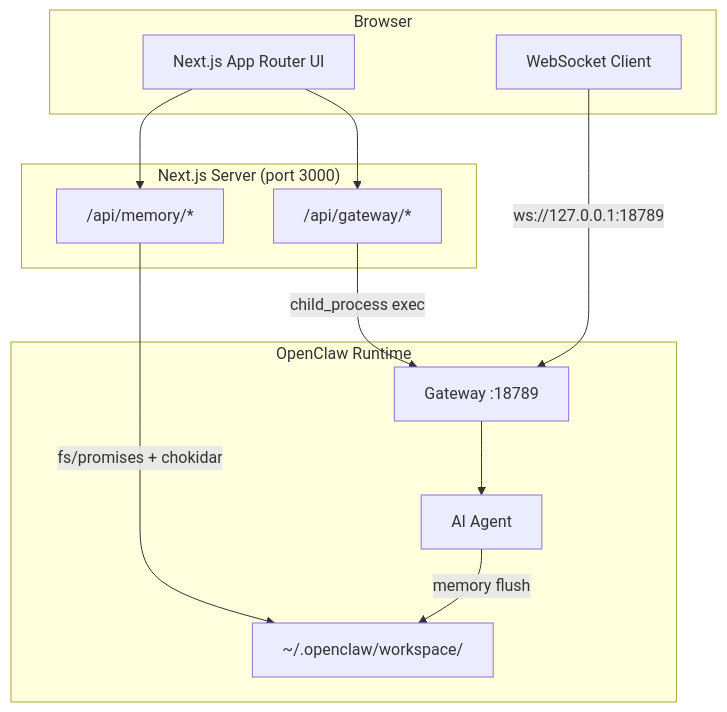
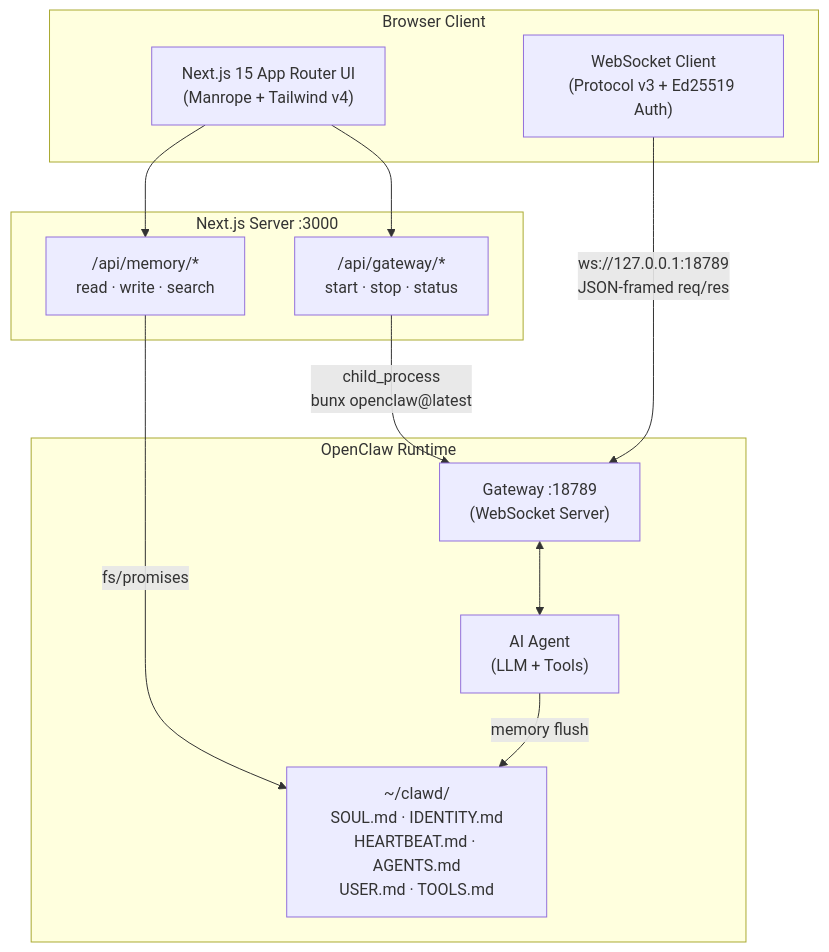
Before and after one commit to imsidkg/spookling-oc: the diagram in README.md, drawn with Mermaid. The commit also changed other lines of this file and 9 other files, not shown here.

````diff
--- a/README.md
+++ b/README.md
@@ -20,28 +37,28 @@
 ```mermaid
 graph TB
-    subgraph "Browser"
-        UI[Next.js App Router UI]
-        WS_CLIENT[WebSocket Client]
+    subgraph "Browser Client"
+        UI["Next.js 15 App Router UI<br/>(Manrope + Tailwind v4)"]
+        WS["WebSocket Client<br/>(Protocol v3 + Ed25519 Auth)"]
     end
 
-    subgraph "Next.js Server (port 3000)"
-        API_GW["/api/gateway/*"]
-        API_MEM["/api/memory/*"]
+    subgraph "Next.js Server :3000"
+        API_GW["/api/gateway/*<br/>start · stop · status"]
+        API_MEM["/api/memory/*<br/>read · write · search"]
     end
 
     subgraph "OpenClaw Runtime"
-        GW[Gateway :18789]
-        AGENT[AI Agent]
-        MEM_FS["~/.openclaw/workspace/"]
+        GW["Gateway :18789<br/>(WebSocket Server)"]
+        AGENT["AI Agent<br/>(LLM + Tools)"]
+        FS["~/clawd/<br/>SOUL.md · IDENTITY.md<br/>HEARTBEAT.md · AGENTS.md<br/>USER.md · TOOLS.md"]
     end
 
     UI --> API_GW
     UI --> API_MEM
-    WS_CLIENT -->|"ws://127.0.0.1:18789"| GW
+    WS -->|"ws://127.0.0.1:18789<br/>JSON-framed req/res"| GW
 
-    API_GW -->|"child_process exec"| GW
-    API_MEM -->|"fs/promises + chokidar"| MEM_FS
+    API_GW -->|"child_process<br/>bunx openclaw@latest"| GW
+    API_MEM -->|"fs/promises"| FS
 
-    GW --> AGENT
-    AGENT -->|"memory flush"| MEM_FS
+    GW <--> AGENT
+    AGENT -->|"memory flush"| FS
 ```
````
